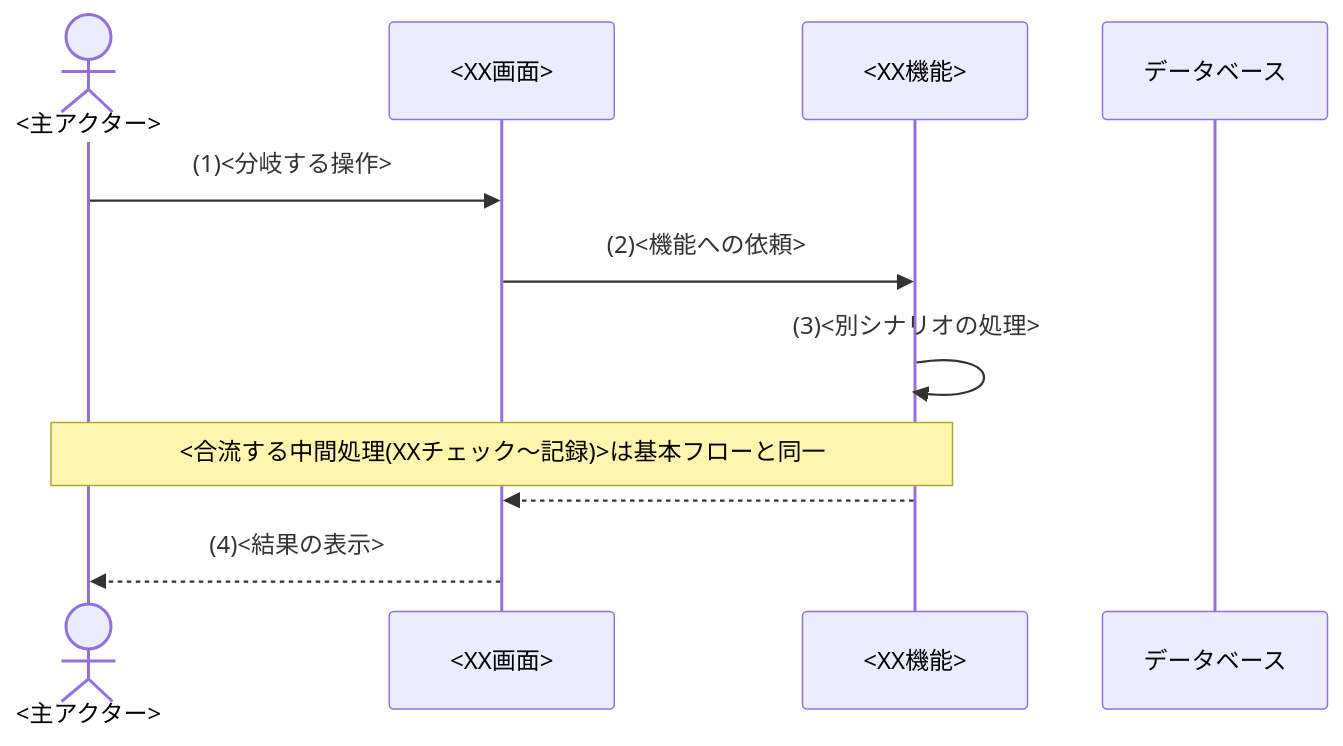
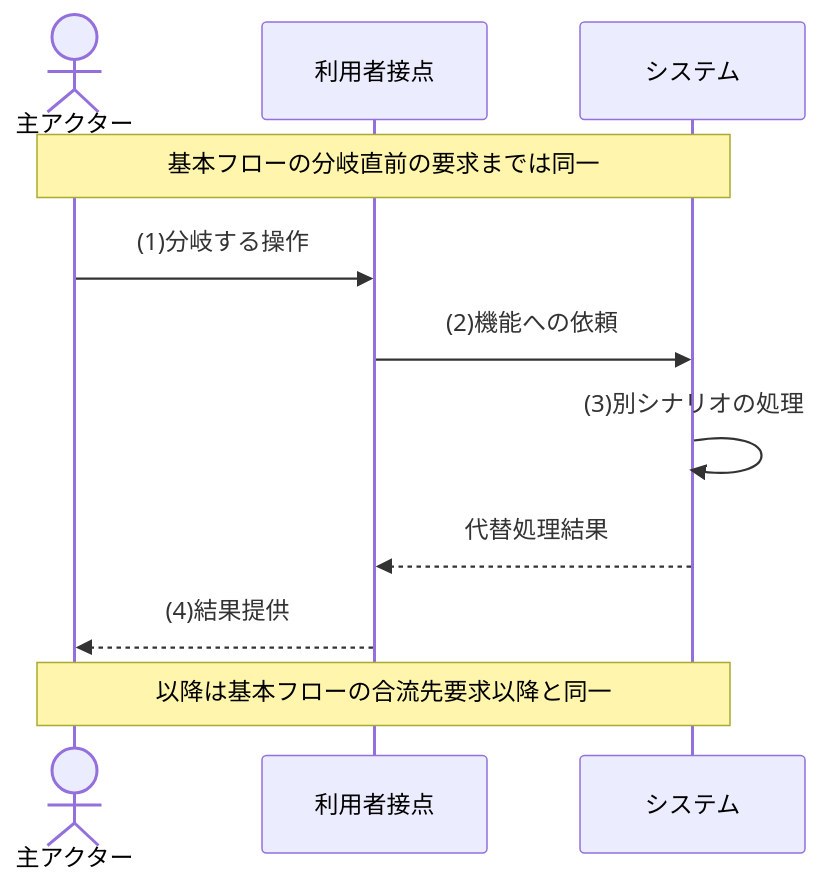
The second of 4 diagrams in テンプレート/02_機能要件.md (sikakou54/system-document-template), drawn with Mermaid before and after one commit. The commit also changed other lines of this file and 11 other files, not shown here.

Commit message:
機能要件レビューとシーケンス図を改善

````diff
--- a/テンプレート/02_機能要件.md
+++ b/テンプレート/02_機能要件.md
@@ -184,13 +236,13 @@
 ```mermaid
 sequenceDiagram
-    actor U as <主アクター>
-    participant SCR as <XX画面>
-    participant FUNC as <XX機能>
-    participant DB as データベース
-    U->>SCR: (1)<分岐する操作>
-    SCR->>FUNC: (2)<機能への依頼>
-    FUNC->>FUNC: (3)<別シナリオの処理>
-    Note over U,FUNC: <合流する中間処理(XXチェック〜記録)>は基本フローと同一
-    FUNC-->>SCR:
-    SCR-->>U: (4)<結果の表示>
+    actor U as 主アクター
+    participant SCR as 利用者接点
+    participant FUNC as システム
+    Note over U,FUNC: 基本フローの分岐直前の要求までは同一
+    U->>SCR: (1)分岐する操作
+    SCR->>FUNC: (2)機能への依頼
+    FUNC->>FUNC: (3)別シナリオの処理
+    FUNC-->>SCR: 代替処理結果
+    SCR-->>U: (4)結果提供
+    Note over U,FUNC: 以降は基本フローの合流先要求以降と同一
 ```
````
